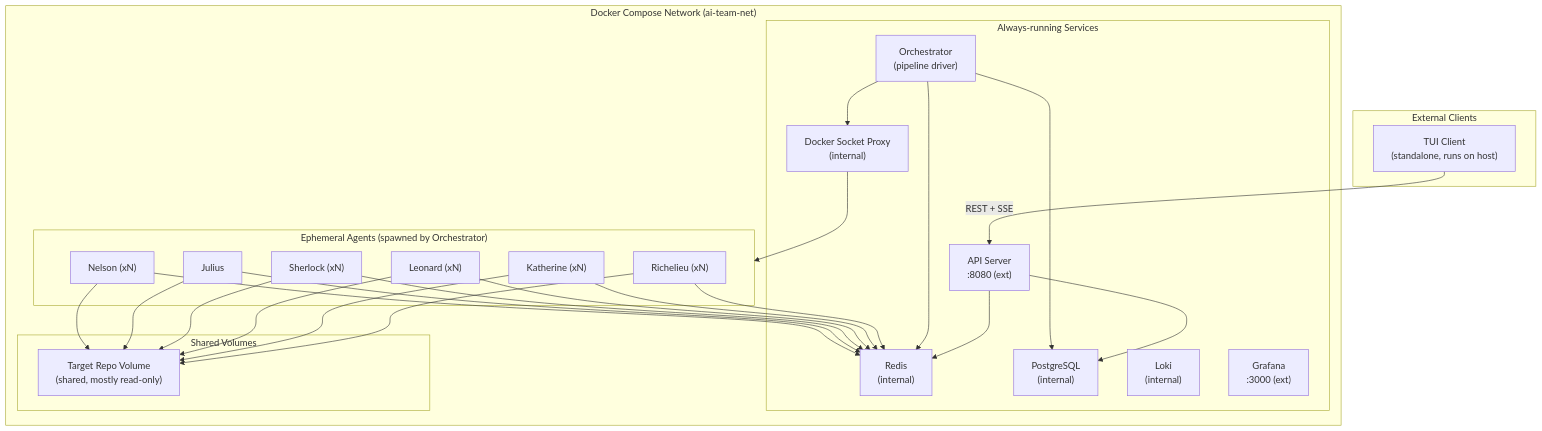
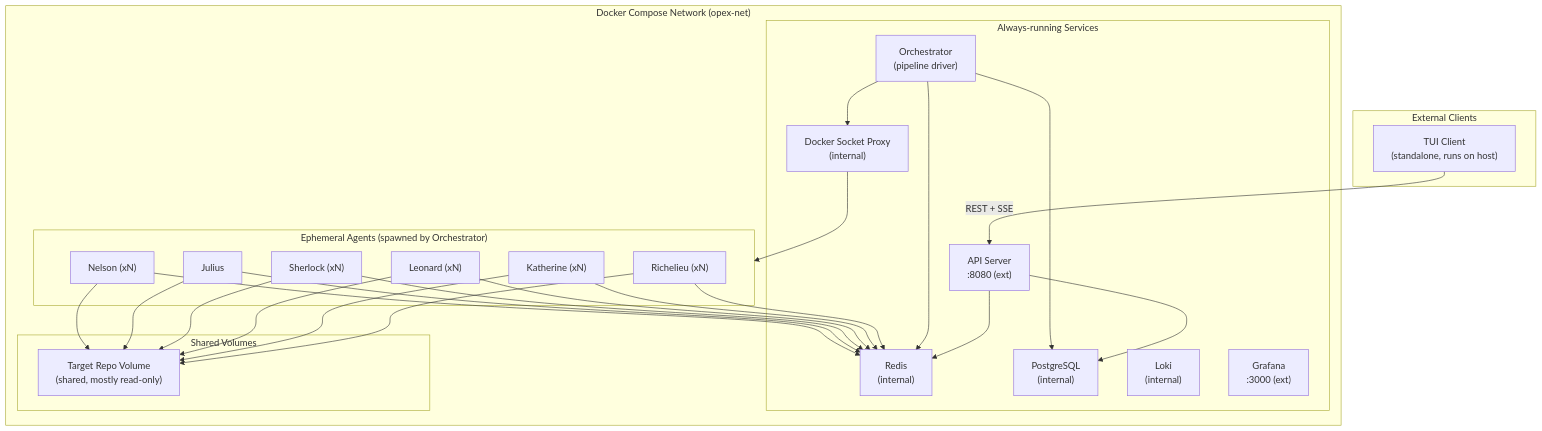
The first of 2 diagrams in docs/specs/00-overview.md (0xc14m1z/opex), drawn with Mermaid before and after one commit. The commit also changed other lines of this file and 24 other files, not shown here.

First line of the commit message:
docs: rename ai-team to opex across all specs and docs

````diff
--- a/docs/specs/00-overview.md
+++ b/docs/specs/00-overview.md
@@ -35,41 +35,41 @@
 ```mermaid
 graph TB
     subgraph external ["External Clients"]
         TUI["TUI Client<br/>(standalone, runs on host)"]
     end
 
-    subgraph net ["Docker Compose Network (ai-team-net)"]
+    subgraph net ["Docker Compose Network (opex-net)"]
         subgraph always ["Always-running Services"]
             Redis["Redis<br/>(internal)"]
             PostgreSQL["PostgreSQL<br/>(internal)"]
             Orchestrator["Orchestrator<br/>(pipeline driver)"]
             API["API Server<br/>:8080 (ext)"]
             Loki["Loki<br/>(internal)"]
             Grafana["Grafana<br/>:3000 (ext)"]
             Proxy["Docker Socket Proxy<br/>(internal)"]
         end
 
         subgraph ephemeral ["Ephemeral Agents (spawned by Orchestrator)"]
             Nelson["Nelson (xN)"]
             Julius["Julius"]
             Sherlock["Sherlock (xN)"]
             Leonard["Leonard (xN)"]
             Katherine["Katherine (xN)"]
             Richelieu["Richelieu (xN)"]
         end
 
         subgraph volume ["Shared Volumes"]
             Repo["Target Repo Volume<br/>(shared, mostly read-only)"]
         end
     end
 
     TUI -- "REST + SSE" --> API
     Orchestrator --> Proxy
     Proxy --> ephemeral
     Nelson & Julius & Sherlock & Leonard & Katherine & Richelieu --> Redis
     Nelson & Julius & Sherlock & Leonard & Katherine & Richelieu --> Repo
     Orchestrator --> Redis
     Orchestrator --> PostgreSQL
     API --> Redis
     API --> PostgreSQL
 ```
````
